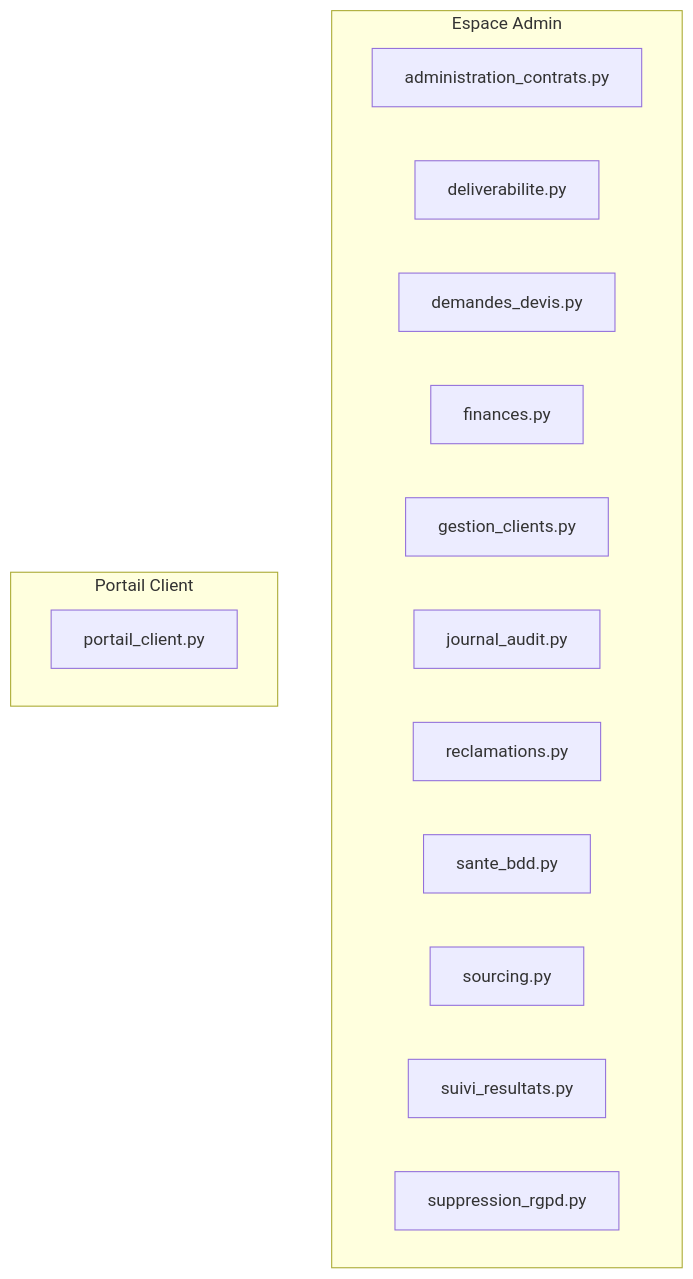
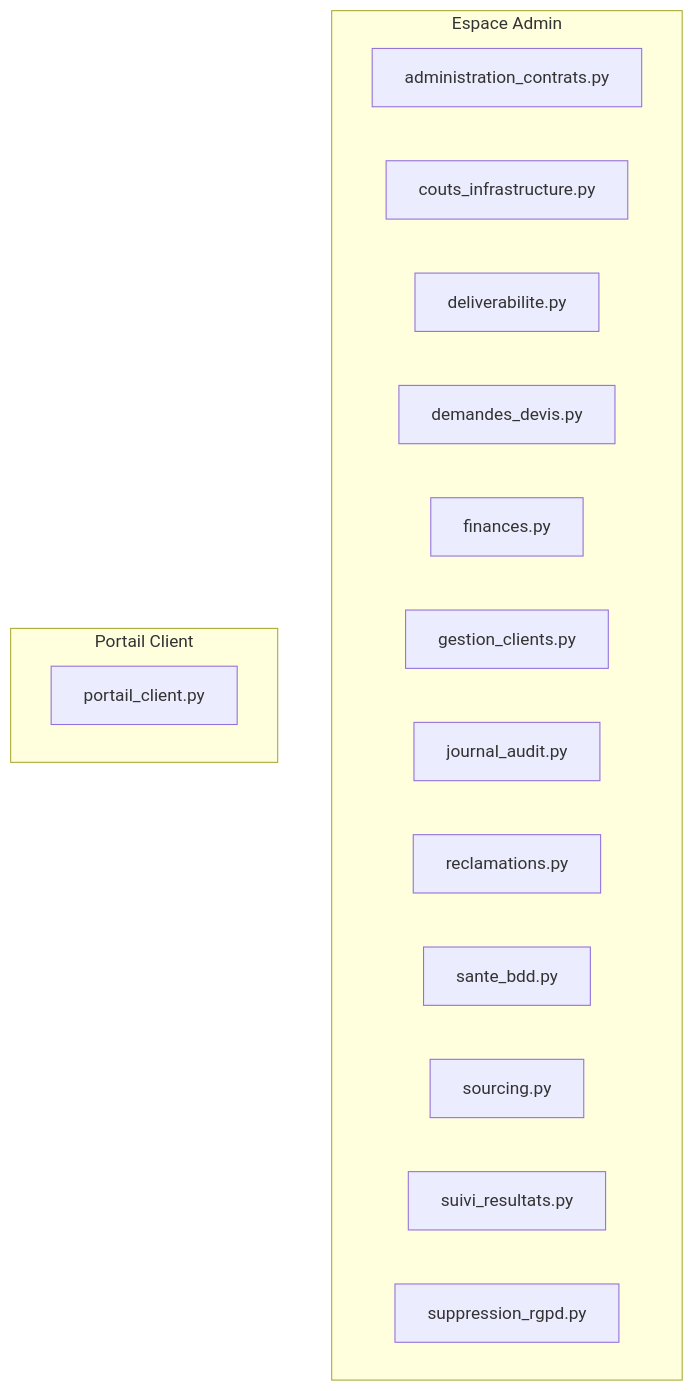
The third of 3 diagrams in docs/architecture_globale.md (contactmonagenceiapro-sudo/leads-creator), drawn with Mermaid before and after one commit. The commit also changed other lines of this file and 5 other files, not shown here.

````diff
--- a/docs/architecture_globale.md
+++ b/docs/architecture_globale.md
@@ -389,19 +399,20 @@
 ```mermaid
 flowchart TD
     subgraph ADMIN["Espace Admin"]
         administration_contrats_py["administration_contrats.py"]
+        couts_infrastructure_py["couts_infrastructure.py"]
         deliverabilite_py["deliverabilite.py"]
         demandes_devis_py["demandes_devis.py"]
         finances_py["finances.py"]
         gestion_clients_py["gestion_clients.py"]
         journal_audit_py["journal_audit.py"]
         reclamations_py["reclamations.py"]
         sante_bdd_py["sante_bdd.py"]
         sourcing_py["sourcing.py"]
         suivi_resultats_py["suivi_resultats.py"]
         suppression_rgpd_py["suppression_rgpd.py"]
     end
     subgraph CLIENT["Portail Client"]
         portail_client_py["portail_client.py"]
     end
 ```
````
